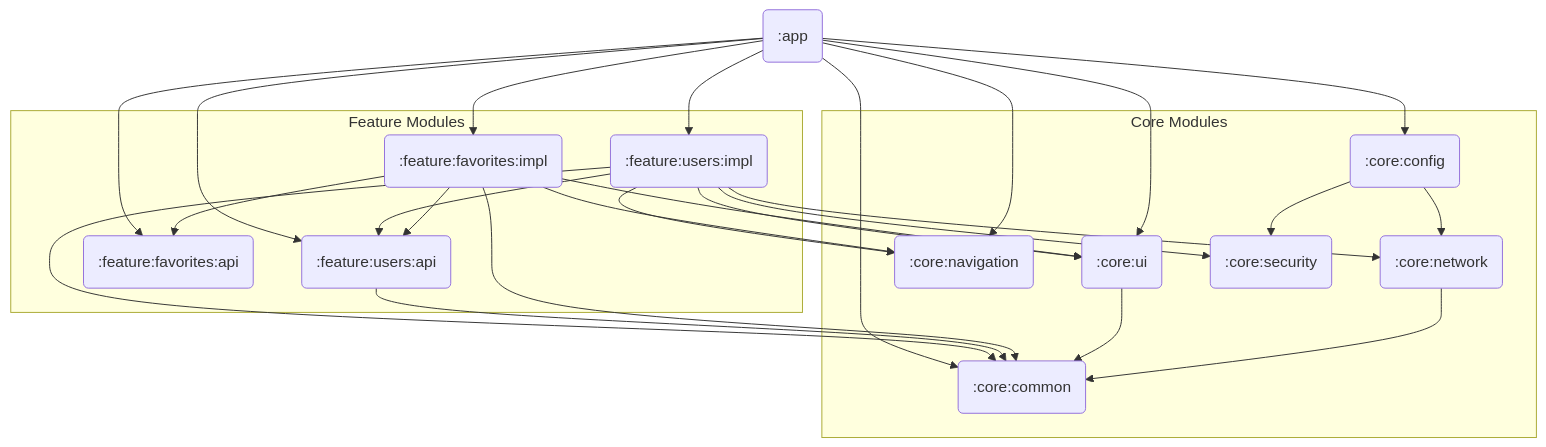
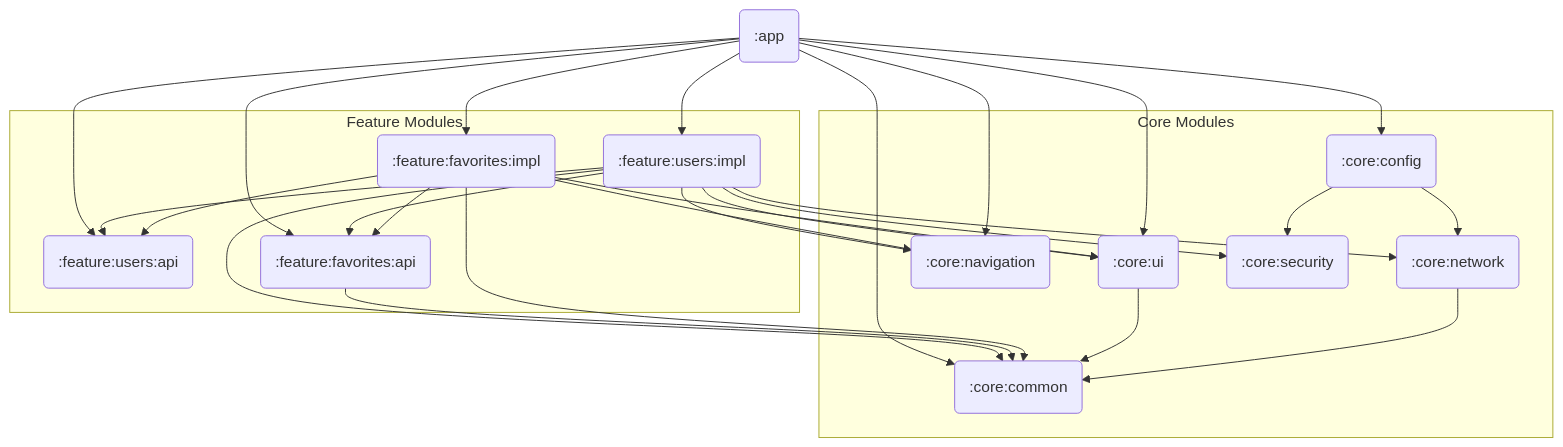
One commit to huuphuoc1396/android-github-users changed the diagram in MODULE_GRAPH.md. Above: the diagram before and after it, drawn with Mermaid. The commit also changed 20 other files, not shown here.

First line of the commit message:
refactor: move favorite contracts from feature:users:api to feature:favorites:api

````diff
--- a/MODULE_GRAPH.md
+++ b/MODULE_GRAPH.md
@@ -3,58 +3,59 @@
 ```mermaid
 graph TD
     app(":app")
 
     subgraph feature["Feature Modules"]
         fu_api(":feature:users:api")
         fu_impl(":feature:users:impl")
         ff_api(":feature:favorites:api")
         ff_impl(":feature:favorites:impl")
     end
 
     subgraph core["Core Modules"]
         core_common(":core:common")
         core_ui(":core:ui")
         core_nav(":core:navigation")
         core_net(":core:network")
         core_sec(":core:security")
         core_cfg(":core:config")
     end
 
     %% app dependencies
     app --> fu_api
     app --> fu_impl
     app --> ff_api
     app --> ff_impl
     app --> core_ui
     app --> core_nav
     app --> core_cfg
     app --> core_common
 
     %% feature:users:impl dependencies
     fu_impl --> fu_api
+    fu_impl --> ff_api
     fu_impl --> core_ui
     fu_impl --> core_nav
     fu_impl --> core_net
     fu_impl --> core_sec
     fu_impl --> core_common
 
-    %% feature:users:api dependencies
-    fu_api --> core_common
+    %% feature:favorites:api dependencies
+    ff_api --> core_common
 
     %% feature:favorites:impl dependencies
     ff_impl --> ff_api
     ff_impl --> fu_api
     ff_impl --> core_ui
     ff_impl --> core_nav
     ff_impl --> core_common
 
     %% core:ui dependencies
     core_ui --> core_common
 
     %% core:network dependencies
     core_net --> core_common
 
     %% core:config dependencies
     core_cfg --> core_net
     core_cfg --> core_sec
 ```
````
